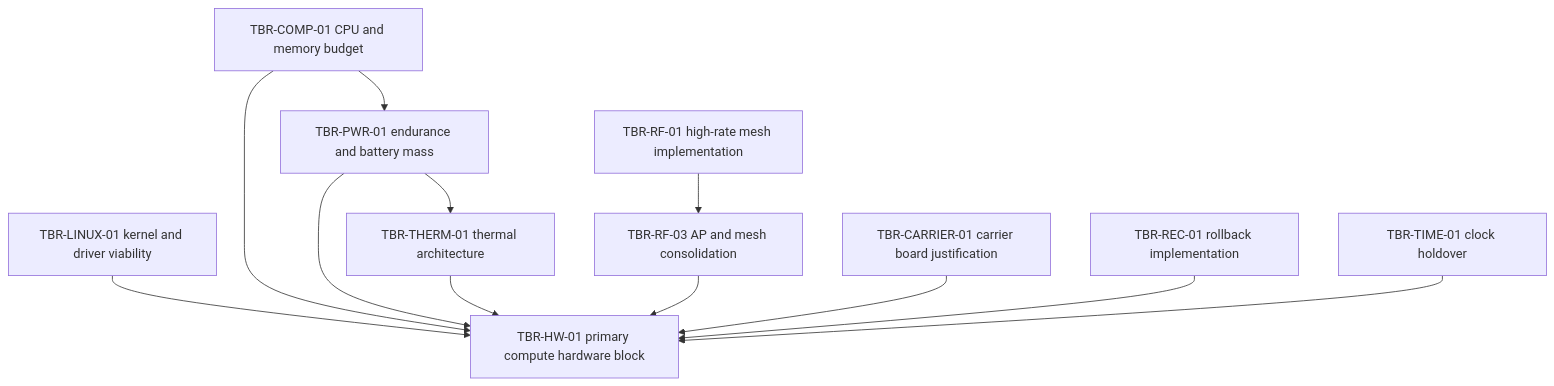
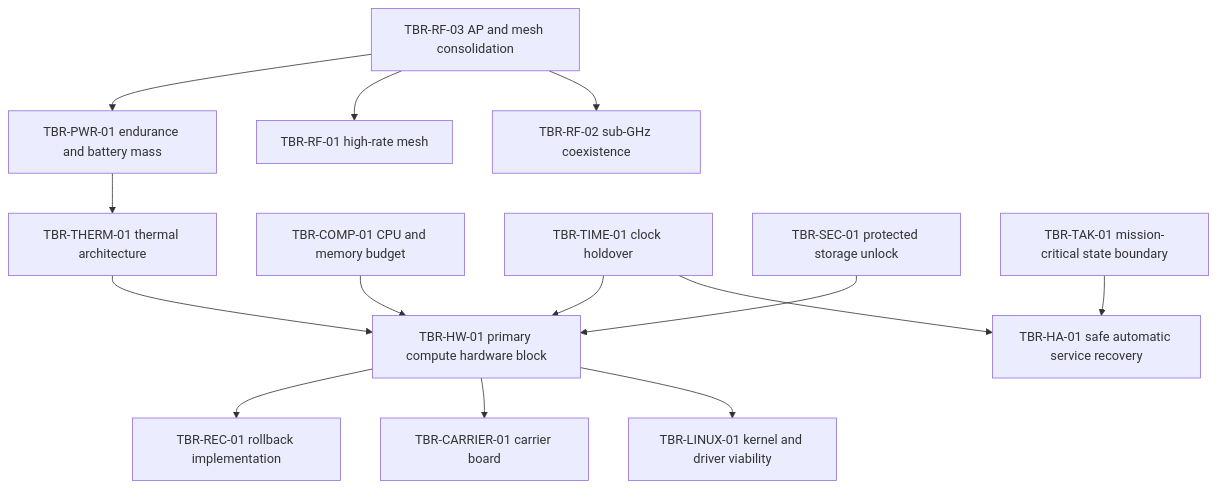
One commit to homelab-net/FML-MULE changed the diagram in docs/trades/README.md. Above: the diagram before and after it, drawn with Mermaid. The commit also changed other lines of this file and 68 other files, not shown here.

````diff
--- a/docs/trades/README.md
+++ b/docs/trades/README.md
@@ -120,25 +152,31 @@
 ```mermaid
 graph TD
+  RF03[TBR-RF-03 AP and mesh consolidation]
+  PWR01[TBR-PWR-01 endurance and battery mass]
+  RF01[TBR-RF-01 high-rate mesh]
+  THERM01[TBR-THERM-01 thermal architecture]
+  COMP01[TBR-COMP-01 CPU and memory budget]
+  TIME01[TBR-TIME-01 clock holdover]
+  SEC01[TBR-SEC-01 protected storage unlock]
+  HW01[TBR-HW-01 primary compute hardware block]
+  REC01[TBR-REC-01 rollback implementation]
+  CARRIER01[TBR-CARRIER-01 carrier board]
   LINUX01[TBR-LINUX-01 kernel and driver viability]
-  COMP01[TBR-COMP-01 CPU and memory budget]
-  PWR01[TBR-PWR-01 endurance and battery mass]
-  THERM01[TBR-THERM-01 thermal architecture]
-  RF01[TBR-RF-01 high-rate mesh implementation]
-  RF03[TBR-RF-03 AP and mesh consolidation]
-  CARRIER01[TBR-CARRIER-01 carrier board justification]
-  REC01[TBR-REC-01 rollback implementation]
-  TIME01[TBR-TIME-01 clock holdover]
-  HW01[TBR-HW-01 primary compute hardware block]
+  TAK01[TBR-TAK-01 mission-critical state boundary]
+  HA01[TBR-HA-01 safe automatic service recovery]
+  RF02[TBR-RF-02 sub-GHz coexistence]
 
-  LINUX01 --> HW01
+  RF03 --> PWR01
+  RF03 --> RF01
+  PWR01 --> THERM01
+  THERM01 --> HW01
   COMP01 --> HW01
-  PWR01 --> HW01
-  THERM01 --> HW01
-  RF01 --> RF03
-  RF03 --> HW01
-  CARRIER01 --> HW01
-  REC01 --> HW01
   TIME01 --> HW01
-  COMP01 --> PWR01
-  PWR01 --> THERM01
+  SEC01 --> HW01
+  HW01 --> REC01
+  HW01 --> CARRIER01
+  HW01 --> LINUX01
+  TAK01 --> HA01
+  TIME01 --> HA01
+  RF03 --> RF02
 ```
````
